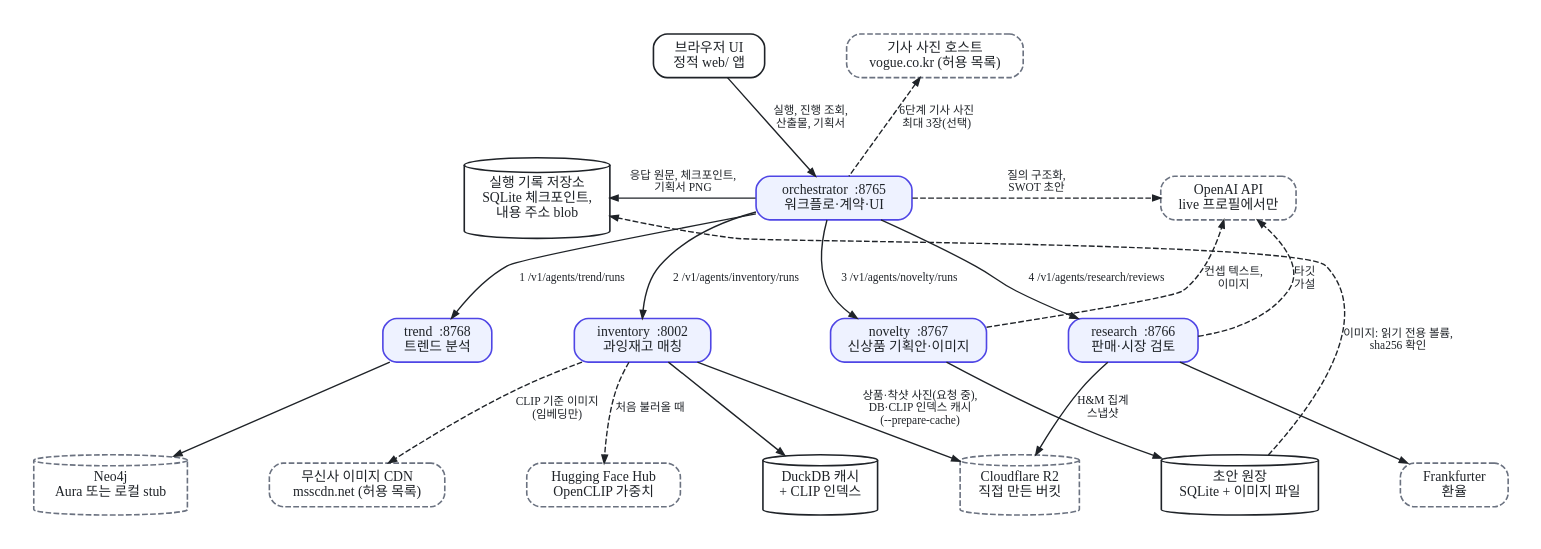
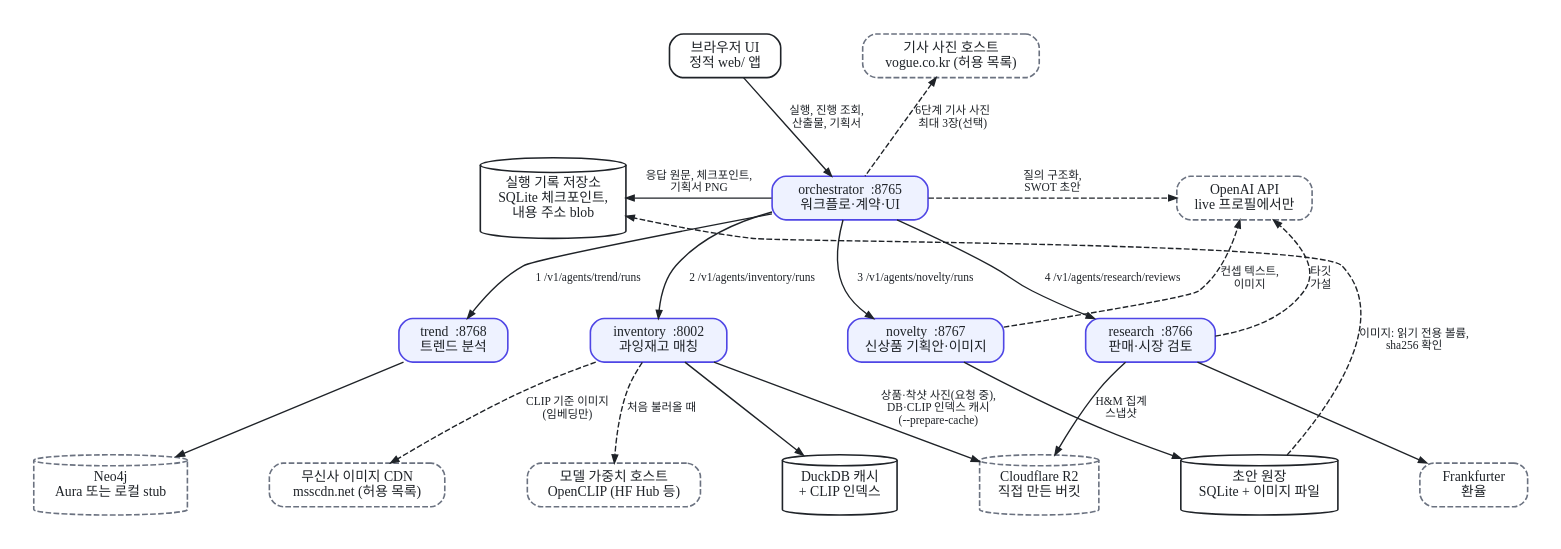
The diagram in docs/diagrams/src/system.dot (KG-RAG-02/fashion-planner-orchestrator), drawn with Graphviz before and after one commit. The commit also changed 8 other files, not shown here.

First line of the commit message:
docs: OpenCLIP 가중치를 받는 곳을 설치한 open_clip 버전이 정한다고 고침

```diff
--- a/docs/diagrams/src/system.dot
+++ b/docs/diagrams/src/system.dot
@@ -1,64 +1,64 @@
 // 시스템 전체: 다섯 서비스, 각자의 저장소, 호출하는 외부 시스템.
 // DIAGRAM-STYLE 라이트 팔레트로 쓰고, scripts/render_diagrams.sh가 색을 바꿔 다크 버전을 만든다.
 // 모든 노드와 엣지의 근거(file:line)는 docs/diagrams/CLAIMS.md에 있다.
 digraph system {
   graph [rankdir=TB, bgcolor="#ffffff", fontname="Pretendard", fontcolor="#1f2328", fontsize=12,
          nodesep=0.5, ranksep=0.65, pad=0.3, newrank=true];
   node  [fontname="Pretendard", fontsize=12, fontcolor="#1f2328", color="#1f2328", penwidth=1.4, margin="0.2,0.08"];
   edge  [fontname="Pretendard", fontsize=10, fontcolor="#1f2328", color="#1f2328", penwidth=1.2, arrowsize=0.7];
 
   // 서비스
   node [shape=box, style="rounded,filled", fillcolor="#eef2ff", color="#4f46e5"];
   orch  [label="orchestrator  :8765\n워크플로·계약·UI"];
   trend [label="trend  :8768\n트렌드 분석"];
   inv   [label="inventory  :8002\n과잉재고 매칭"];
   nov   [label="novelty  :8767\n신상품 기획안·이미지"];
   res   [label="research  :8766\n판매·시장 검토"];
 
   // 클라이언트와 자체 저장소
   ui     [label="브라우저 UI\n정적 web/ 앱", shape=box, style="rounded", fillcolor="", color="#1f2328"];
   store  [label="실행 기록 저장소\nSQLite 체크포인트,\n내용 주소 blob", shape=cylinder, style="", color="#1f2328"];
   duck   [label="DuckDB 캐시\n+ CLIP 인덱스", shape=cylinder, style="", color="#1f2328"];
   ledger [label="초안 원장\nSQLite + 이미지 파일", shape=cylinder, style="", color="#1f2328"];
 
   // 외부 시스템(점선): 계정과 데이터는 직접 준비한다
   node [style="dashed", color="#6b7280", fillcolor=""];
   neo4j  [label="Neo4j\nAura 또는 로컬 stub", shape=cylinder];
   r2     [label="Cloudflare R2\n직접 만든 버킷", shape=cylinder];
   fx     [label="Frankfurter\n환율", shape=box, style="rounded,dashed"];
   openai [label="OpenAI API\nlive 프로필에서만", shape=box, style="rounded,dashed"];
   photo  [label="기사 사진 호스트\nvogue.co.kr (허용 목록)", shape=box, style="rounded,dashed"];
   cdn    [label="무신사 이미지 CDN\nmsscdn.net (허용 목록)", shape=box, style="rounded,dashed"];
-  hf     [label="Hugging Face Hub\nOpenCLIP 가중치", shape=box, style="rounded,dashed"];
+  hf     [label="모델 가중치 호스트\nOpenCLIP (HF Hub 등)", shape=box, style="rounded,dashed"];
 
   // 층(위→아래)과 층 안의 순서
   { rank=same; ui; photo; }
   { rank=same; store; orch; openai; }
   { rank=same; trend; inv; nov; res; }
   { rank=same; neo4j; cdn; hf; duck; r2; ledger; fx; }
   edge [style=invis];
   ui -> photo; store -> orch -> openai; trend -> inv -> nov -> res; neo4j -> cdn -> hf -> duck -> r2 -> ledger -> fx;
   edge [style=solid];
 
   ui -> orch [label=" 실행, 진행 조회,\n 산출물, 기획서"];
   orch -> store [label="응답 원문, 체크포인트,\n기획서 PNG", constraint=false];
   photo -> orch [label="6단계 기사 사진\n최대 3장(선택)", style=dashed, dir=back];
 
   orch -> trend [label="1 /v1/agents/trend/runs"];
   orch -> inv   [label="2 /v1/agents/inventory/runs"];
   orch -> nov   [label="3 /v1/agents/novelty/runs"];
   orch -> res   [label="4 /v1/agents/research/reviews"];
 
   trend -> neo4j;
   inv   -> duck;
   inv   -> r2     [label="상품·착샷 사진(요청 중),\nDB·CLIP 인덱스 캐시\n(--prepare-cache)"];
   inv   -> cdn    [label="CLIP 기준 이미지\n(임베딩만)", style=dashed];
   inv   -> hf     [label="처음 불러올 때", style=dashed];
   nov   -> ledger;
   nov   -> openai [label="컨셉 텍스트,\n이미지", style=dashed];
   res   -> openai [label="타깃\n가설", style=dashed];
   res   -> fx;
   res   -> r2     [taillabel="H&M 집계\n스냅샷", labeldistance=4, labelangle=42];
   ledger -> store [label="이미지: 읽기 전용 볼륨,\nsha256 확인", style=dashed, constraint=false];
   orch  -> openai [label="질의 구조화,\nSWOT 초안", style=dashed, constraint=false];
 }
```
